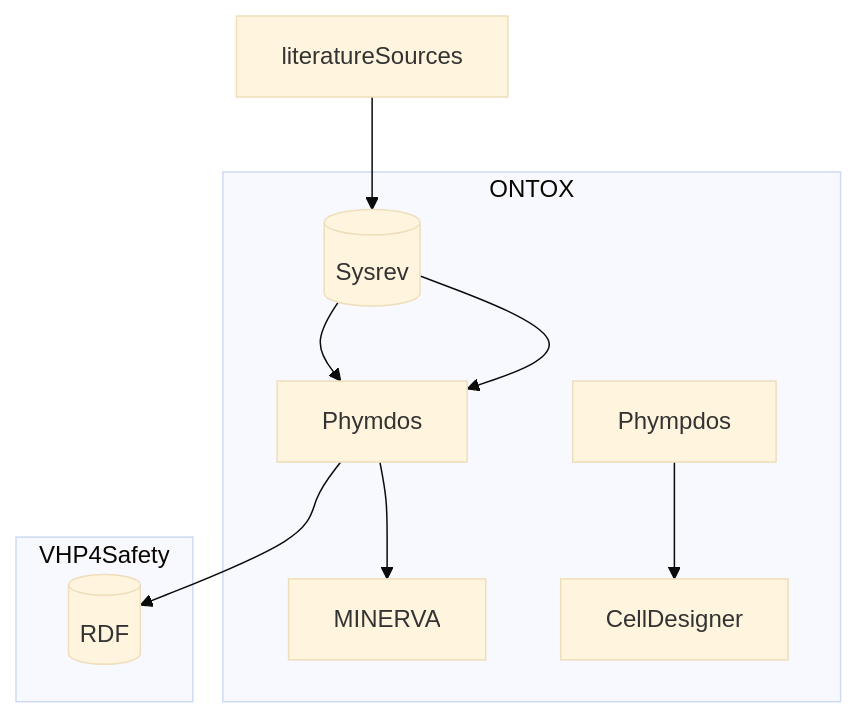
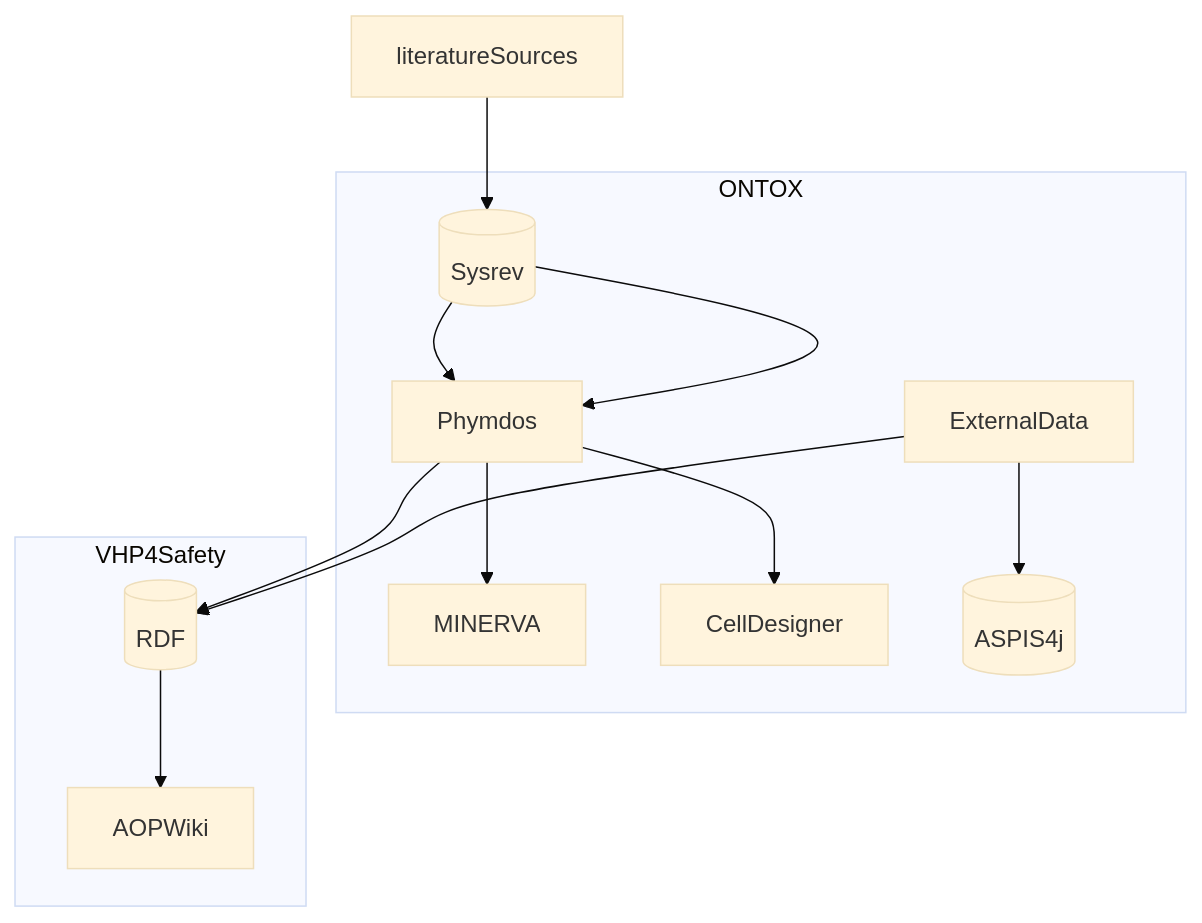
One commit to ontox-hu/workflows changed the diagram in ONTOX-vs-VHP4Safety.md. Above: the diagram before and after it, drawn with Mermaid (base theme).

````diff
--- a/ONTOX-vs-VHP4Safety.md
+++ b/ONTOX-vs-VHP4Safety.md
@@ -1,14 +1,17 @@
 ```mermaid
 flowchart TB
     literatureSources-->Sysrev[(Sysrev)]
     subgraph ONTOX
     Sysrev[(Sysrev)]-->Phymdos
     Phymdos-->MINERVA
-    Phympdos-->CellDesigner
+    Phymdos-->CellDesigner
+    ExternalData-->ASPIS4j[(ASPIS4j)]
     end
     subgraph VHP4Safety
     Sysrev[(Sysrev)]-->Phymdos
     Phymdos-->RDF[(RDF)]
+    RDF[(RDF)]-->AOPWiki
+    ExternalData-->RDF[(RDF)]
     end
     
 ```
````
